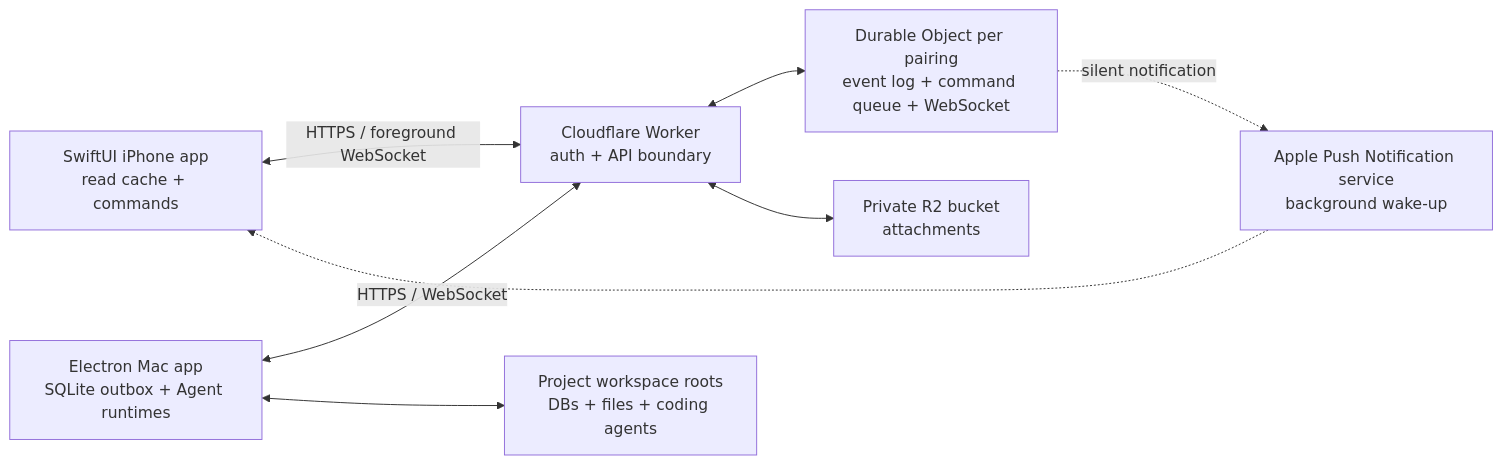
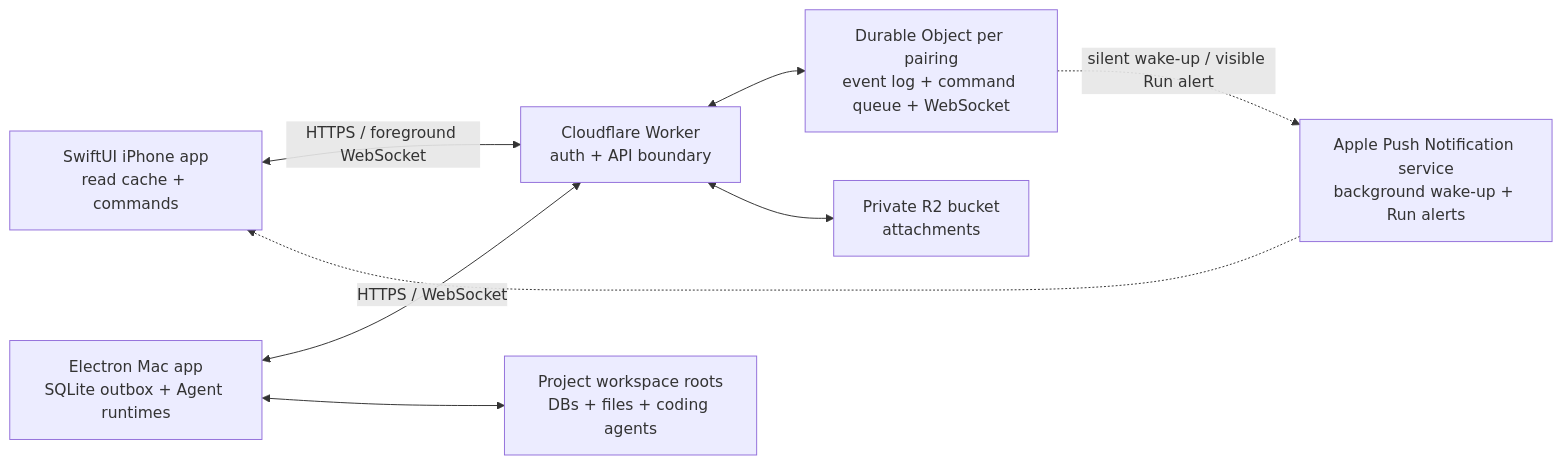
The diagram in docs/ios-companion-architecture.md (LIU9293/fuddy), drawn with Mermaid before and after one commit. The commit also changed other lines of this file and 46 other files, not shown here.

````diff
--- a/docs/ios-companion-architecture.md
+++ b/docs/ios-companion-architecture.md
@@ -11,18 +11,18 @@
 ```mermaid
 flowchart LR
   Phone["SwiftUI iPhone app\nread cache + commands"]
   Relay["Cloudflare Worker\nauth + API boundary"]
   DO["Durable Object per pairing\nevent log + command queue + WebSocket"]
   R2["Private R2 bucket\nattachments"]
-  APNS["Apple Push Notification service\nbackground wake-up"]
+  APNS["Apple Push Notification service\nbackground wake-up + Run alerts"]
   Mac["Electron Mac app\nSQLite outbox + Agent runtimes"]
   Workspaces["Project workspace roots\nDBs + files + coding agents"]
 
   Phone <-->|"HTTPS / foreground WebSocket"| Relay
   Relay <--> DO
   Relay <--> R2
-  DO -. "silent notification" .-> APNS
+  DO -. "silent wake-up / visible Run alert" .-> APNS
   APNS -.-> Phone
   Mac <-->|"HTTPS / WebSocket"| Relay
   Mac <--> Workspaces
 ```
````
